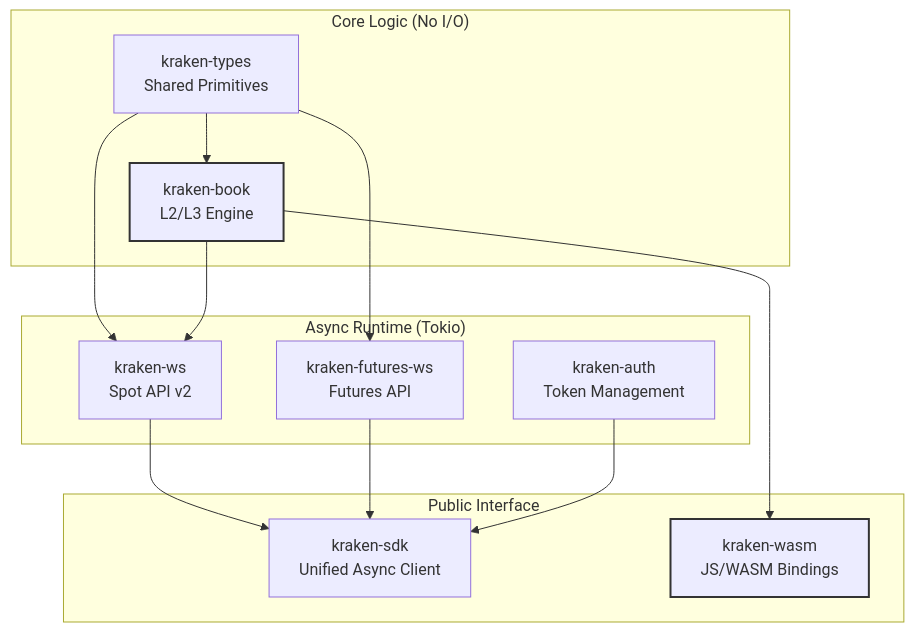
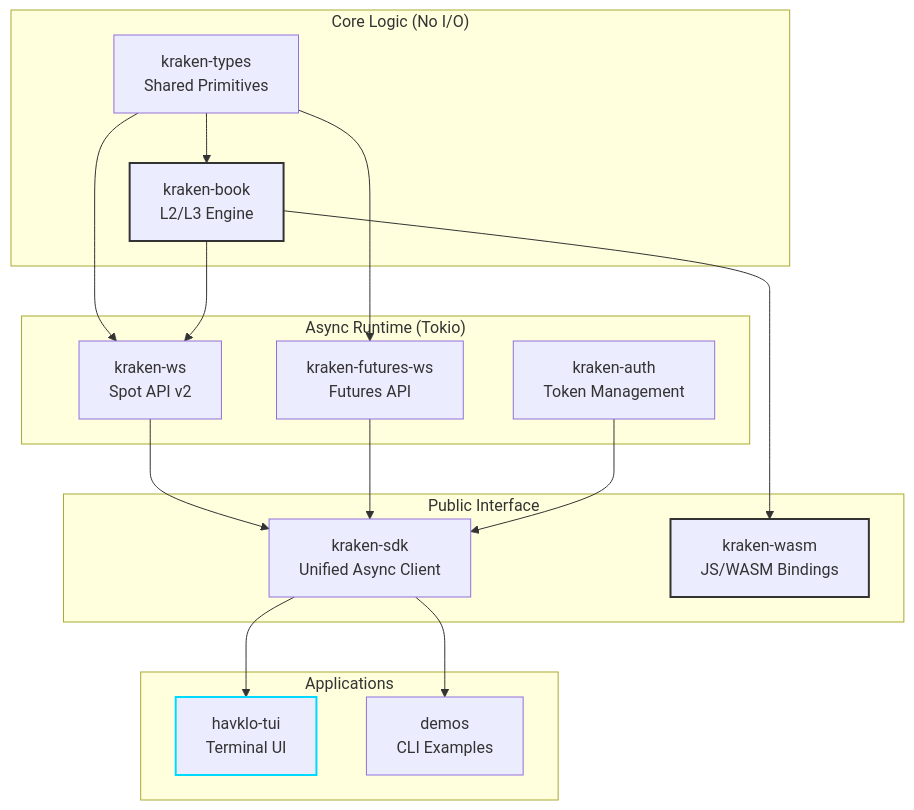
Before and after one commit to hitakshiA/Havklo_sdk: the first of 3 diagrams in README.md, drawn with Mermaid. The commit also changed other lines of this file, not shown here.

First line of the commit message:
Expand README with TUI usage and demo details

````diff
--- a/README.md
+++ b/README.md
@@ -161,32 +219,41 @@
 ```mermaid
 graph TD
     subgraph "Core Logic (No I/O)"
         Types[kraken-types<br/>Shared Primitives]
         Book[kraken-book<br/>L2/L3 Engine]
     end
 
     subgraph "Async Runtime (Tokio)"
         Auth[kraken-auth<br/>Token Management]
         SpotWS[kraken-ws<br/>Spot API v2]
         FutWS[kraken-futures-ws<br/>Futures API]
     end
 
     subgraph "Public Interface"
         SDK[kraken-sdk<br/>Unified Async Client]
         WasmPkg[kraken-wasm<br/>JS/WASM Bindings]
     end
 
+    subgraph "Applications"
+        TUI[havklo-tui<br/>Terminal UI]
+        Demos[demos<br/>CLI Examples]
+    end
+
     Types --> Book
     Types --> SpotWS
     Types --> FutWS
-    
+
     Book --> SpotWS
     Book --> WasmPkg
-    
+
     SpotWS --> SDK
     FutWS --> SDK
     Auth --> SDK
 
+    SDK --> TUI
+    SDK --> Demos
+
     style Book stroke-width:2px,stroke:#333
     style WasmPkg stroke-width:2px,stroke:#333
+    style TUI stroke-width:2px,stroke:#00D9FF
 ```
````
